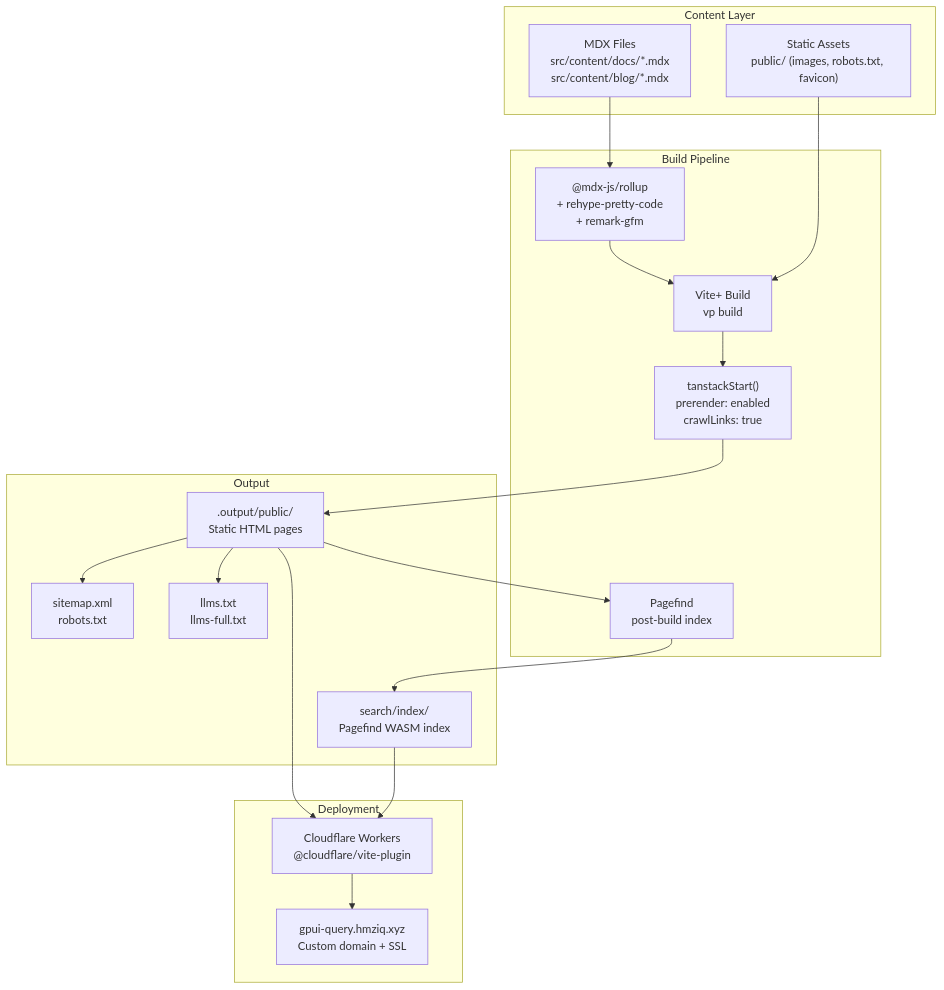
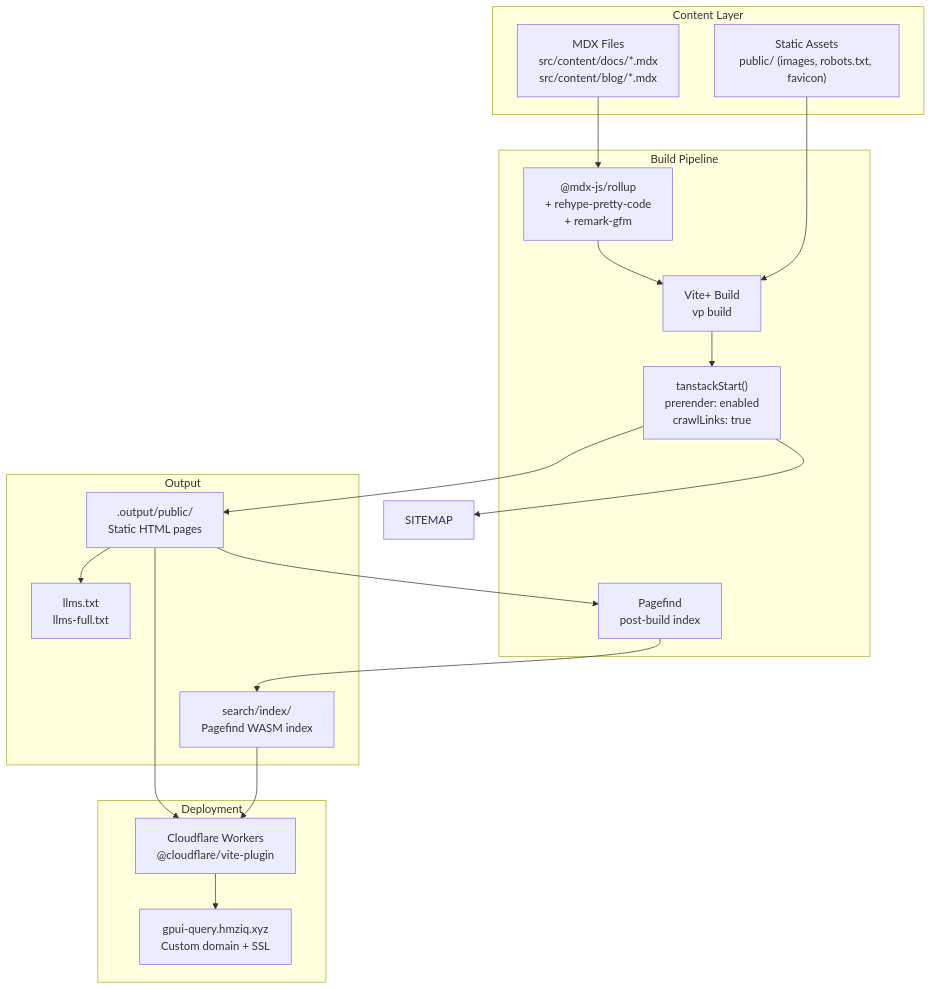
The diagram in docs/plans/2026-06-04-001-feat-gpui-query-website-plan.md (freeoxide/gpui-query), drawn with Mermaid before and after one commit. The commit also changed other lines of this file, not shown here.

````diff
--- a/docs/plans/2026-06-04-001-feat-gpui-query-website-plan.md
+++ b/docs/plans/2026-06-04-001-feat-gpui-query-website-plan.md
@@ -90,35 +95,34 @@
 ```mermaid
 flowchart TB
     subgraph Content Layer
         MDX["MDX Files<br/>src/content/docs/*.mdx<br/>src/content/blog/*.mdx"]
         STATIC["Static Assets<br/>public/ (images, robots.txt, favicon)"]
     end
 
     subgraph Build Pipeline
         VITE["Vite+ Build<br/>vp build"]
         MDX_PLUGIN["@mdx-js/rollup<br/>+ rehype-pretty-code<br/>+ remark-gfm"]
         TS_PLUGIN["tanstackStart()<br/>prerender: enabled<br/>crawlLinks: true"]
         PAGEFIND["Pagefind<br/>post-build index"]
     end
 
     subgraph Output
         HTML[".output/public/<br/>Static HTML pages"]
-        SITEMAP["sitemap.xml<br/>robots.txt"]
         LLMSTXT["llms.txt<br/>llms-full.txt"]
         SEARCH["search/index/<br/>Pagefind WASM index"]
     end
 
     subgraph Deployment
         CF["Cloudflare Workers<br/>@cloudflare/vite-plugin"]
         DOMAIN["gpui-query.hmziq.xyz<br/>Custom domain + SSL"]
     end
 
     MDX --> MDX_PLUGIN --> VITE
     STATIC --> VITE
     VITE --> TS_PLUGIN --> HTML
+    TS_PLUGIN --> SITEMAP
     HTML --> PAGEFIND --> SEARCH
-    HTML --> SITEMAP
     HTML --> LLMSTXT
     HTML --> CF --> DOMAIN
     SEARCH --> CF
 ```
````
